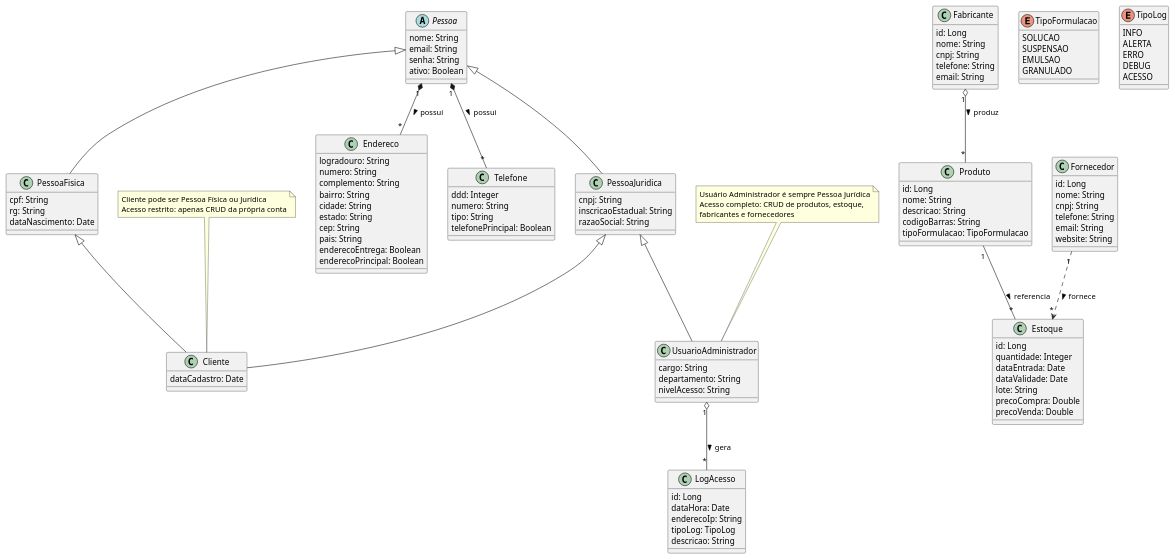
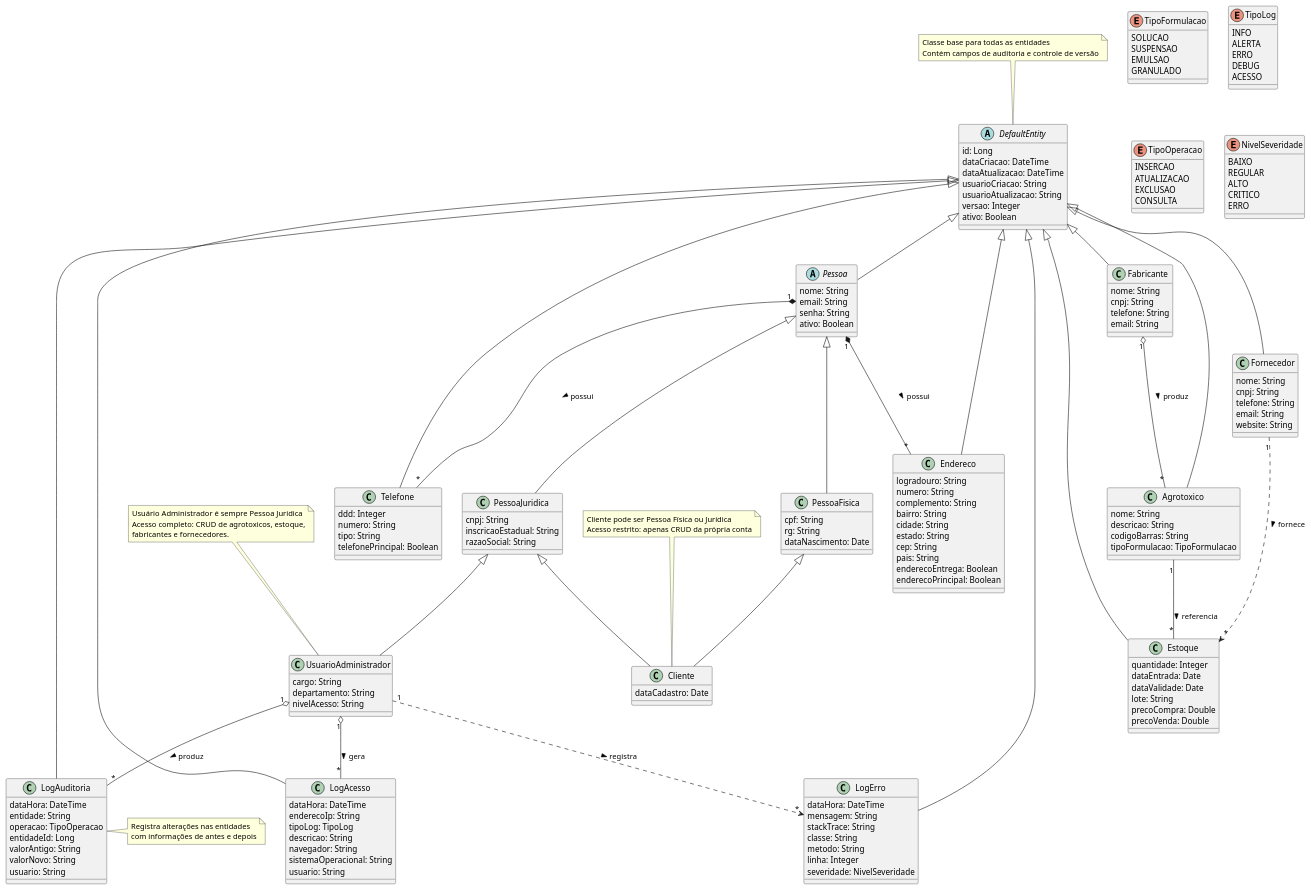
Before and after one commit to marcosguida/Agrotoxico-API: the diagram in src/DiagramaClasseAgrotoxicoAPI.plantuml, drawn with PlantUML.

Commit message:
Novo modelo de Diagrama de Classe

```diff
--- a/src/DiagramaClasseAgrotoxicoAPI.plantuml
+++ b/src/DiagramaClasseAgrotoxicoAPI.plantuml
@@ -1,4 +1,14 @@
 @startuml
+
+abstract class DefaultEntity {
+  id: Long
+  dataCriacao: DateTime
+  dataAtualizacao: DateTime
+  usuarioCriacao: String
+  usuarioAtualizacao: String
+  versao: Integer
+  ativo: Boolean
+}
 
 abstract class Pessoa {
   nome: String
@@ -50,15 +60,13 @@
 }
 
 class Fabricante {
-  id: Long
   nome: String
   cnpj: String
   telefone: String
   email: String
 }
 
-class Produto {
-  id: Long
+class Agrotoxico {
   nome: String
   descricao: String
   codigoBarras: String
@@ -66,7 +74,6 @@
 }
 
 class Fornecedor {
-  id: Long
   nome: String
   cnpj: String
   telefone: String
@@ -75,7 +82,6 @@
 }
 
 class Estoque {
-  id: Long
   quantidade: Integer
   dataEntrada: Date
   dataValidade: Date
@@ -85,11 +91,33 @@
 }
 
 class LogAcesso {
-  id: Long 
-  dataHora: Date 
-  enderecoIp: String 
-  tipoLog: TipoLog 
-  descricao: String 
+  dataHora: DateTime
+  enderecoIp: String
+  tipoLog: TipoLog
+  descricao: String
+  navegador: String
+  sistemaOperacional: String
+  usuario: String
+}
+
+class LogAuditoria {
+  dataHora: DateTime
+  entidade: String
+  operacao: TipoOperacao
+  entidadeId: Long
+  valorAntigo: String
+  valorNovo: String
+  usuario: String
+}
+
+class LogErro {
+  dataHora: DateTime
+  mensagem: String
+  stackTrace: String
+  classe: String
+  metodo: String
+  linha: Integer
+  severidade: NivelSeveridade
 }
 
 enum TipoFormulacao {
@@ -107,6 +135,34 @@
   ACESSO
 }
 
+enum TipoOperacao {
+  INSERCAO
+  ATUALIZACAO
+  EXCLUSAO
+  CONSULTA
+}
+
+enum NivelSeveridade {
+  BAIXO
+  REGULAR
+  ALTO
+  CRITICO
+  ERRO
+}
+
+' Herança de DefaultEntity
+DefaultEntity <|-- Pessoa
+DefaultEntity <|-- Endereco
+DefaultEntity <|-- Telefone
+DefaultEntity <|-- Fabricante
+DefaultEntity <|-- Agrotoxico
+DefaultEntity <|-- Fornecedor
+DefaultEntity <|-- Estoque
+DefaultEntity <|-- LogAcesso
+DefaultEntity <|-- LogAuditoria
+DefaultEntity <|-- LogErro
+
+' Herança de Pessoa
 Pessoa <|-- PessoaFisica
 Pessoa <|-- PessoaJuridica
 PessoaFisica <|-- Cliente
@@ -115,11 +171,13 @@
 
 Pessoa "1" *-- "*" Endereco : possui >
 Pessoa "1" *-- "*" Telefone : possui >
-Fabricante "1" o-- "*" Produto : produz >
+Fabricante "1" o-- "*" Agrotoxico : produz >
 Fornecedor "1" ..> "*" Estoque : fornece >
-Produto "1" -- "*" Estoque : referencia >
+Agrotoxico "1" -- "*" Estoque : referencia >
 
 UsuarioAdministrador "1" o-- "*" LogAcesso : gera >
+UsuarioAdministrador "1" o-- "*" LogAuditoria : produz >
+UsuarioAdministrador "1" ..> "*" LogErro : registra >
 
 ' Notas
 note top of Cliente
@@ -129,8 +187,18 @@
 
 note top of UsuarioAdministrador
   Usuário Administrador é sempre Pessoa Jurídica
-  Acesso completo: CRUD de produtos, estoque,
-  fabricantes e fornecedores
+  Acesso completo: CRUD de agrotoxicos, estoque,
+  fabricantes e fornecedores.
+end note
+
+note top of DefaultEntity
+  Classe base para todas as entidades
+  Contém campos de auditoria e controle de versão
+end note
+
+note right of LogAuditoria
+  Registra alterações nas entidades
+  com informações de antes e depois
 end note
 
 @enduml
```
